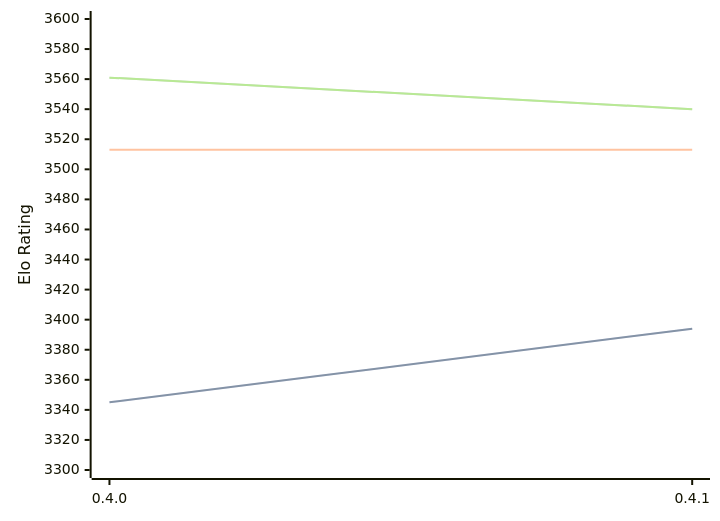
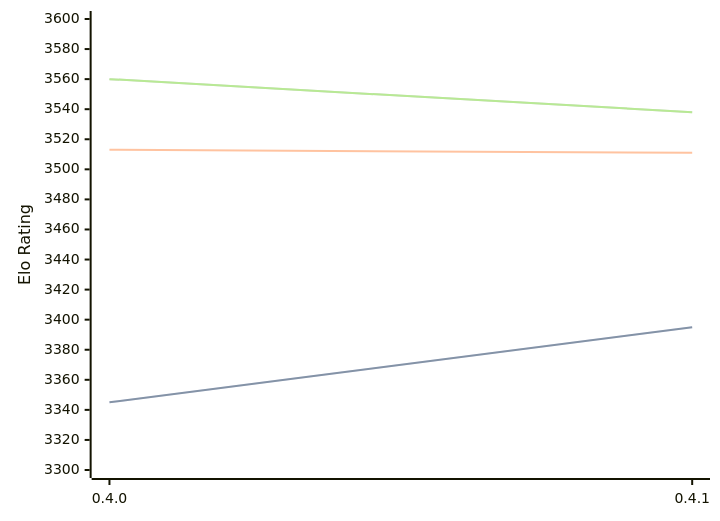
Before and after one commit to computer-chess-index/cci: the diagram in engines/Cinder.md, drawn with Mermaid. The commit also changed other lines of this file, not shown here.

Commit message:
Update CCI Ratings (ELO VLTC) - 2026-03-17

````diff
--- a/engines/Cinder.md
+++ b/engines/Cinder.md
@@ -38,11 +38,11 @@
 ```mermaid
 %%{init: {"theme":"base","themeVariables":{"seriesColors:['#a3a3a3','#222221','#faa371']}}}%%
 xychart-beta
   x-axis ["0.4.0", "0.4.1"]
   y-axis "Elo Rating" 3300 --> 3600
-  line "STC (8.0+0.08s)" [3345, 3394]
-  line "STC (8.0+0.08s)" [3345, 3394]
-  line "LTC (60.0+0.60s)" [3513, 3513]
-  line "VLTC (2m24s+1.12s)" [3561, 3540]
-  line "VLTC (2m24s+1.12s)" [3561, 3540]
+  line "STC (8.0+0.08s)" [3345, 3395]
+  line "STC (8.0+0.08s)" [3345, 3395]
+  line "LTC (60.0+0.60s)" [3513, 3511]
+  line "VLTC (2m24s+1.12s)" [3560, 3538]
+  line "VLTC (2m24s+1.12s)" [3560, 3538]
 ```
````
